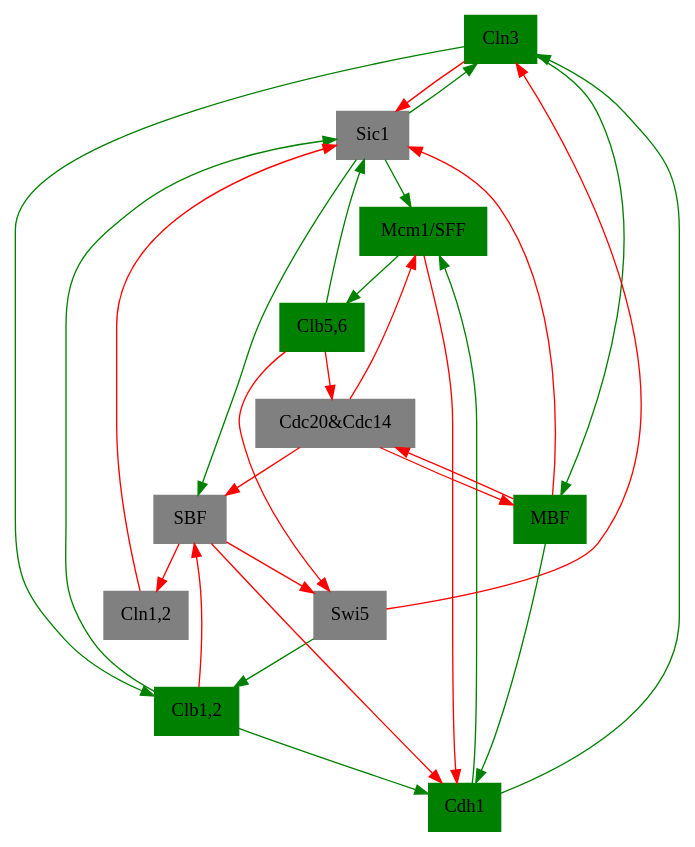
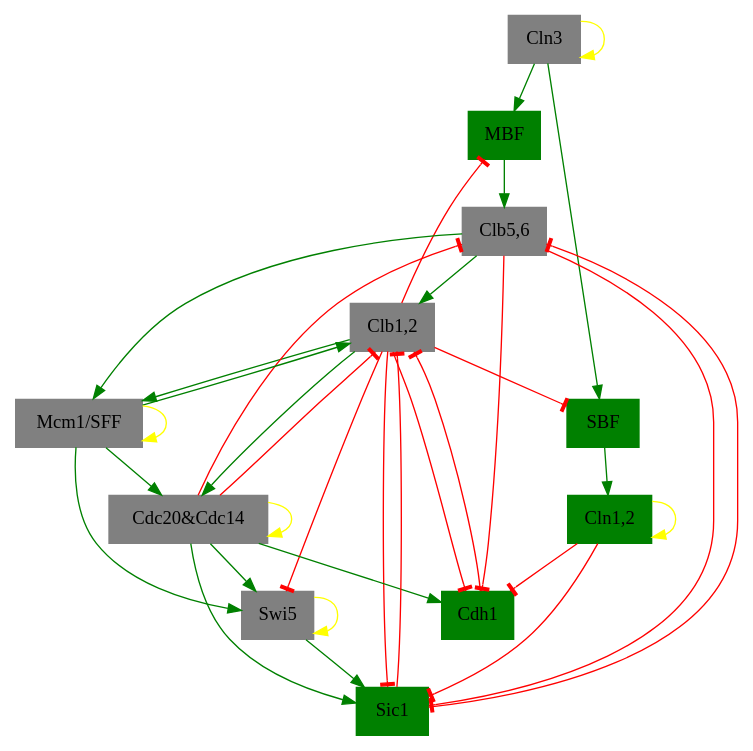
The diagram in temporal/3.gv (ellaqezi/cellCycle), drawn with Graphviz before and after one commit. The commit also changed 31 other files, not shown here.

```diff
--- a/temporal/3.gv
+++ b/temporal/3.gv
@@ -1,59 +1,70 @@
-digraph 11001001011  {
-"Cln3" [shape=box, color=green, style=filled];
-	edge [color=green]; 
-	"Cdh1" -> "Cln3";
-	"Sic1" -> "Cln3";
-	edge [color=red]; 
-	"Swi5" -> "Cln3";
+digraph "01111000100"  {
+"Cln3" [shape=box, color=gray, style=filled];
+	edge [color=yellow, arrowhead=normal]; 
+	"Cln3" -> "Cln3";
 "MBF" [shape=box, color=green, style=filled];
-	edge [color=green]; 
+	edge [color=green, arrowhead=normal]; 
 	"Cln3" -> "MBF";
-	edge [color=red]; 
-	"Cdc20&Cdc14" -> "MBF";
-"SBF" [shape=box, color=gray, style=filled];
-	edge [color=green]; 
-	"Sic1" -> "SBF";
-	edge [color=red]; 
-	"Cdc20&Cdc14" -> "SBF";
+	edge [color=red, arrowhead=tee]; 
+	"Clb1,2" -> "MBF";
+"SBF" [shape=box, color=green, style=filled];
+	edge [color=green, arrowhead=normal]; 
+	"Cln3" -> "SBF";
+	edge [color=red, arrowhead=tee]; 
 	"Clb1,2" -> "SBF";
-"Cln1,2" [shape=box, color=gray, style=filled];
-	edge [color=red]; 
+"Cln1,2" [shape=box, color=green, style=filled];
+	edge [color=yellow, arrowhead=normal]; 
+	"Cln1,2" -> "Cln1,2";
+	edge [color=green, arrowhead=normal]; 
 	"SBF" -> "Cln1,2";
 "Cdh1" [shape=box, color=green, style=filled];
-	edge [color=green]; 
+	edge [color=green, arrowhead=normal]; 
+	"Cdc20&Cdc14" -> "Cdh1";
+	edge [color=red, arrowhead=tee]; 
 	"Clb1,2" -> "Cdh1";
-	"MBF" -> "Cdh1";
-	edge [color=red]; 
-	"Mcm1/SFF" -> "Cdh1";
-	"SBF" -> "Cdh1";
+	"Clb5,6" -> "Cdh1";
+	"Cln1,2" -> "Cdh1";
 "Swi5" [shape=box, color=gray, style=filled];
-	edge [color=red]; 
-	"Clb5,6" -> "Swi5";
-	"SBF" -> "Swi5";
+	edge [color=yellow, arrowhead=normal]; 
+	"Swi5" -> "Swi5";
+	edge [color=green, arrowhead=normal]; 
+	"Cdc20&Cdc14" -> "Swi5";
+	"Mcm1/SFF" -> "Swi5";
+	edge [color=red, arrowhead=tee]; 
+	"Clb1,2" -> "Swi5";
 "Cdc20&Cdc14" [shape=box, color=gray, style=filled];
-	edge [color=red]; 
-	"Clb5,6" -> "Cdc20&Cdc14";
-	"MBF" -> "Cdc20&Cdc14";
-"Clb5,6" [shape=box, color=green, style=filled];
-	edge [color=green]; 
-	"Mcm1/SFF" -> "Clb5,6";
-"Sic1" [shape=box, color=gray, style=filled];
-	edge [color=green]; 
+	edge [color=yellow, arrowhead=normal]; 
+	"Cdc20&Cdc14" -> "Cdc20&Cdc14";
+	edge [color=green, arrowhead=normal]; 
+	"Clb1,2" -> "Cdc20&Cdc14";
+	"Mcm1/SFF" -> "Cdc20&Cdc14";
+"Clb5,6" [shape=box, color=gray, style=filled];
+	edge [color=green, arrowhead=normal]; 
+	"MBF" -> "Clb5,6";
+	edge [color=red, arrowhead=tee]; 
+	"Cdc20&Cdc14" -> "Clb5,6";
+	"Sic1" -> "Clb5,6";
+"Sic1" [shape=box, color=green, style=filled];
+	edge [color=green, arrowhead=normal]; 
+	"Cdc20&Cdc14" -> "Sic1";
+	"Swi5" -> "Sic1";
+	edge [color=red, arrowhead=tee]; 
 	"Clb1,2" -> "Sic1";
 	"Clb5,6" -> "Sic1";
-	edge [color=red]; 
 	"Cln1,2" -> "Sic1";
-	"Cln3" -> "Sic1";
-	"MBF" -> "Sic1";
-"Clb1,2" [shape=box, color=green, style=filled];
-	edge [color=green]; 
-	"Cln3" -> "Clb1,2";
-	"Swi5" -> "Clb1,2";
-"Mcm1/SFF" [shape=box, color=green, style=filled];
-	edge [color=green]; 
-	"Cdh1" -> "Mcm1/SFF";
-	"Sic1" -> "Mcm1/SFF";
-	edge [color=red]; 
-	"Cdc20&Cdc14" -> "Mcm1/SFF";
+"Clb1,2" [shape=box, color=gray, style=filled];
+	edge [color=green, arrowhead=normal]; 
+	"Clb5,6" -> "Clb1,2";
+	"Mcm1/SFF" -> "Clb1,2";
+	edge [color=red, arrowhead=tee]; 
+	"Cdc20&Cdc14" -> "Clb1,2";
+	"Cdh1" -> "Clb1,2";
+	"Sic1" -> "Clb1,2";
+"Mcm1/SFF" [shape=box, color=gray, style=filled];
+	edge [color=yellow, arrowhead=normal]; 
+	"Mcm1/SFF" -> "Mcm1/SFF";
+	edge [color=green, arrowhead=normal]; 
+	"Clb1,2" -> "Mcm1/SFF";
+	"Clb5,6" -> "Mcm1/SFF";
 
 }
```
